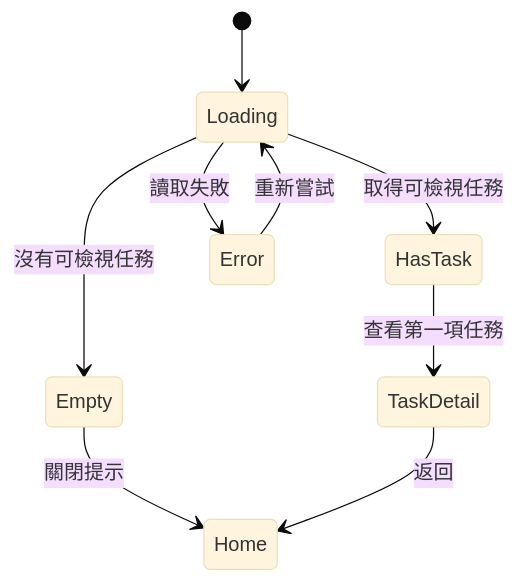
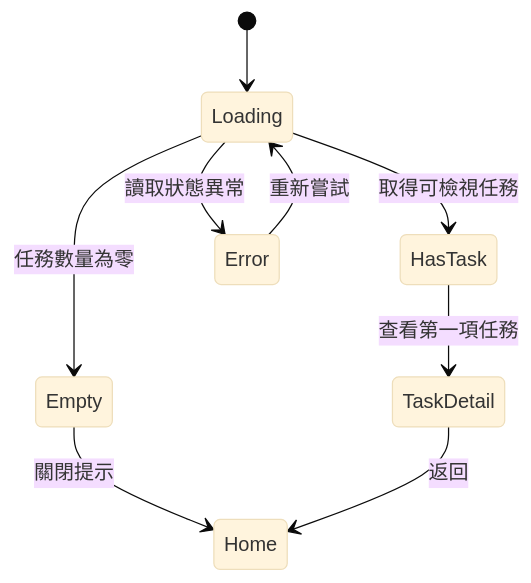
The diagram in articles/day-16.md (AdaaWu/2026ithome-claude-skills), drawn with Mermaid (base theme) before and after one commit. The commit also changed other lines of this file and 65 other files, not shown here.

````diff
--- a/articles/day-16.md
+++ b/articles/day-16.md
@@ -40,11 +71,11 @@
 ```mermaid
 stateDiagram-v2
   [*] --> Loading
   Loading --> HasTask: 取得可檢視任務
-  Loading --> Empty: 沒有可檢視任務
-  Loading --> Error: 讀取失敗
+  Loading --> Empty: 任務數量為零
+  Loading --> Error: 讀取狀態異常
   HasTask --> TaskDetail: 查看第一項任務
   Empty --> Home: 關閉提示
   Error --> Loading: 重新嘗試
   TaskDetail --> Home: 返回
 ```
````
